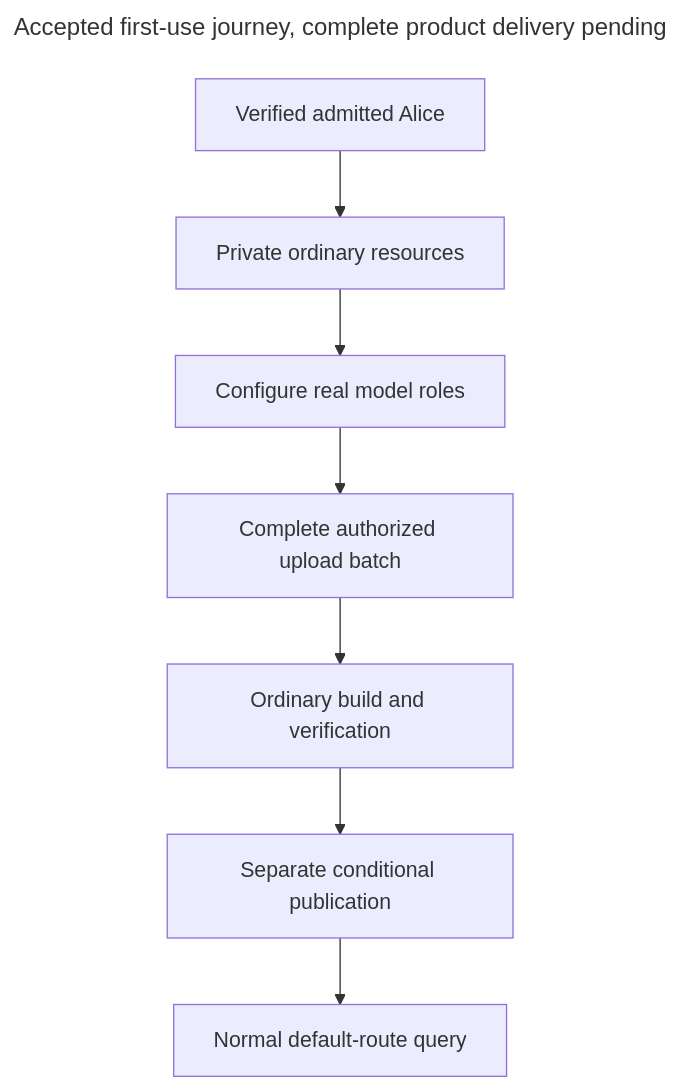
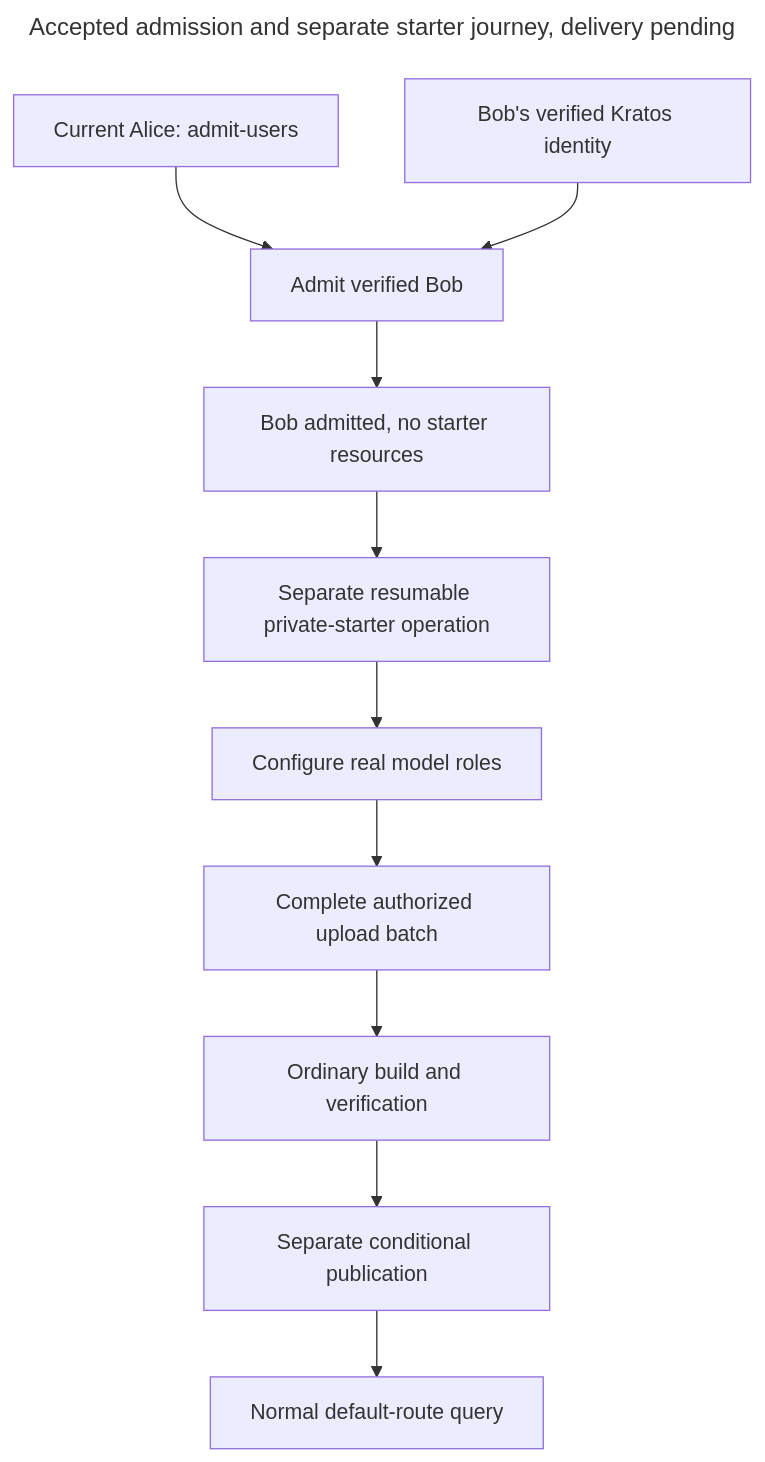
One commit to matejpalenik/inframeld changed the diagram in .agents/skills/inframeld-architecture/references/first-use-and-private-defaults.md. Above: the diagram before and after it, drawn with Mermaid. The commit also changed other lines of this file and 7 other files, not shown here.

First line of the commit message:
docs(access): separate human admission from private starters

````diff
--- a/.agents/skills/inframeld-architecture/references/first-use-and-private-defaults.md
+++ b/.agents/skills/inframeld-architecture/references/first-use-and-private-defaults.md
@@ -25,12 +25,15 @@
 ```mermaid
 ---
-title: "Accepted first-use journey, complete product delivery pending"
+title: "Accepted admission and separate starter journey, delivery pending"
 ---
 flowchart TD
-    Human[Verified admitted Alice] --> Defaults[Private ordinary resources]
+    Alice["Current Alice: admit-users"] --> Admission["Admit verified Bob"]
+    Bob["Bob's verified Kratos identity"] --> Admission
+    Admission --> Admitted["Bob admitted, no starter resources"]
+    Admitted --> Defaults["Separate resumable private-starter operation"]
     Defaults --> Models[Configure real model roles]
     Models --> Batch[Complete authorized upload batch]
     Batch --> Build[Ordinary build and verification]
     Build --> Release[Separate conditional publication]
     Release --> Query[Normal default-route query]
 ```
````
